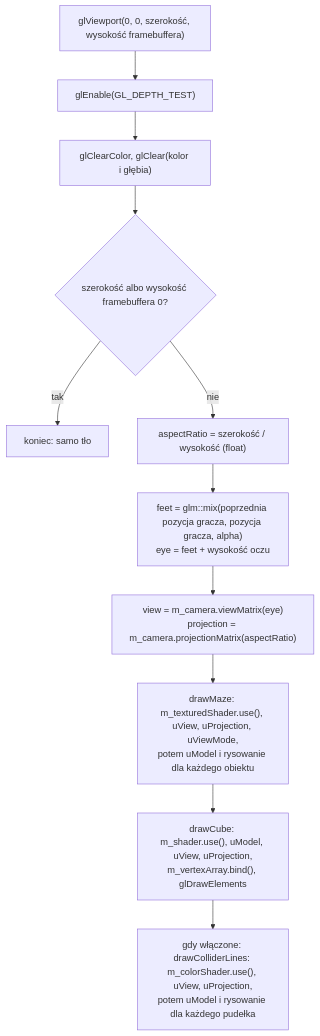
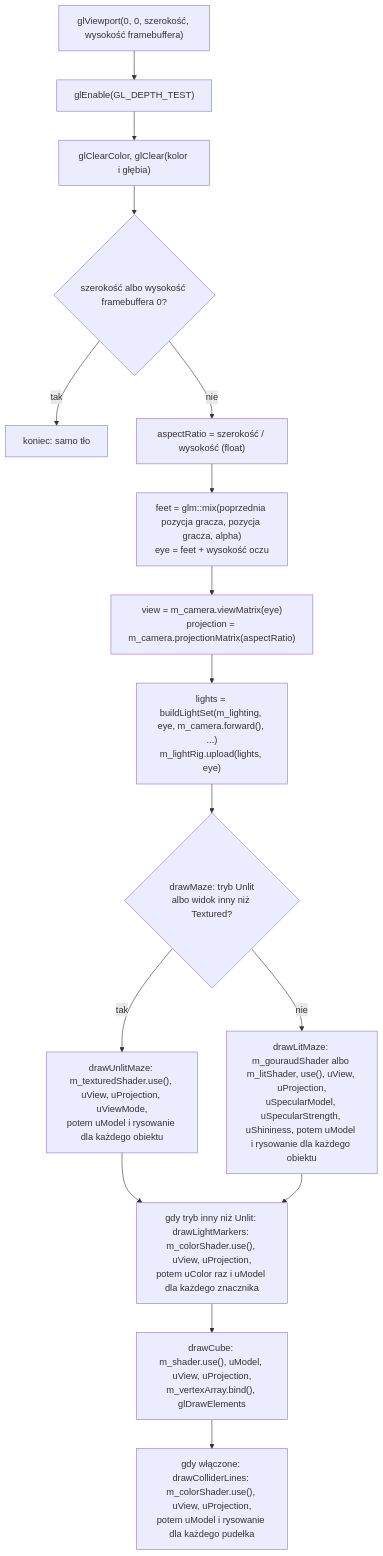
One commit to Shironex/night-maze changed the diagram in docs/modules/scene/camera.md. Above: the diagram before and after it, drawn with Mermaid. The commit also changed other lines of this file and 52 other files, not shown here.

First line of the commit message:
feat(game): light the maze with moon, flashlight and point lights

````diff
--- a/docs/modules/scene/camera.md
+++ b/docs/modules/scene/camera.md
@@ -251,13 +251,18 @@
 ```mermaid
 flowchart TD
     A["glViewport(0, 0, szerokość, wysokość framebuffera)"] --> B["glEnable(GL_DEPTH_TEST)"]
     B --> C["glClearColor, glClear(kolor i głębia)"]
     C --> D{"szerokość albo wysokość framebuffera 0?"}
     D -- tak --> End["koniec: samo tło"]
     D -- nie --> E["aspectRatio = szerokość / wysokość (float)"]
     E --> X["feet = glm::mix(poprzednia pozycja gracza, pozycja gracza, alpha)<br/>eye = feet + wysokość oczu"]
     X --> V["view = m_camera.viewMatrix(eye)<br/>projection = m_camera.projectionMatrix(aspectRatio)"]
-    V --> M["drawMaze: m_texturedShader.use(), uView, uProjection, uViewMode,<br/>potem uModel i rysowanie dla każdego obiektu"]
-    M --> F["drawCube: m_shader.use(), uModel, uView, uProjection,<br/>m_vertexArray.bind(), glDrawElements"]
+    V --> LS["lights = buildLightSet(m_lighting, eye, m_camera.forward(), ...)<br/>m_lightRig.upload(lights, eye)"]
+    LS --> M{"drawMaze: tryb Unlit<br/>albo widok inny niż Textured?"}
+    M -- tak --> MU["drawUnlitMaze: m_texturedShader.use(), uView, uProjection, uViewMode,<br/>potem uModel i rysowanie dla każdego obiektu"]
+    M -- nie --> ML["drawLitMaze: m_gouraudShader albo m_litShader, use(), uView, uProjection,<br/>uSpecularModel, uSpecularStrength, uShininess, potem uModel i rysowanie dla każdego obiektu"]
+    MU --> K["gdy tryb inny niż Unlit: drawLightMarkers: m_colorShader.use(), uView, uProjection,<br/>potem uColor raz i uModel dla każdego znacznika"]
+    ML --> K
+    K --> F["drawCube: m_shader.use(), uModel, uView, uProjection,<br/>m_vertexArray.bind(), glDrawElements"]
     F --> L["gdy włączone: drawColliderLines: m_colorShader.use(), uView, uProjection,<br/>potem uModel i rysowanie dla każdego pudełka"]
 ```
````
